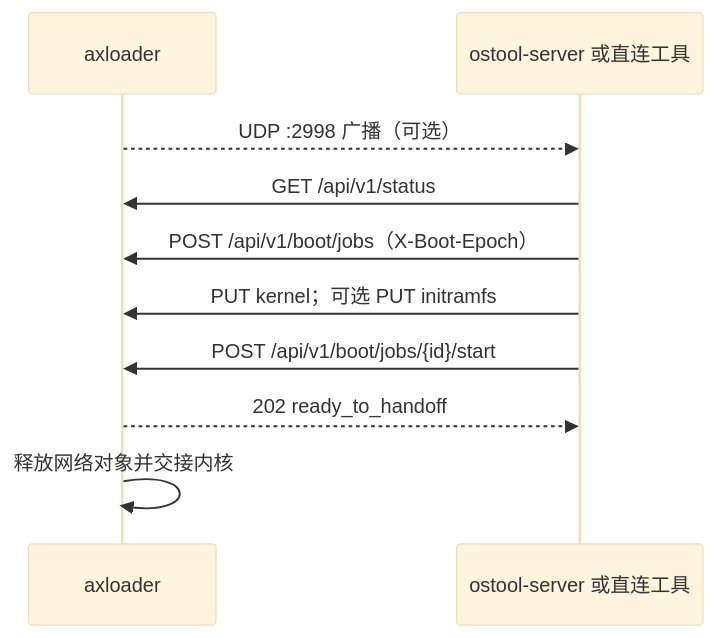
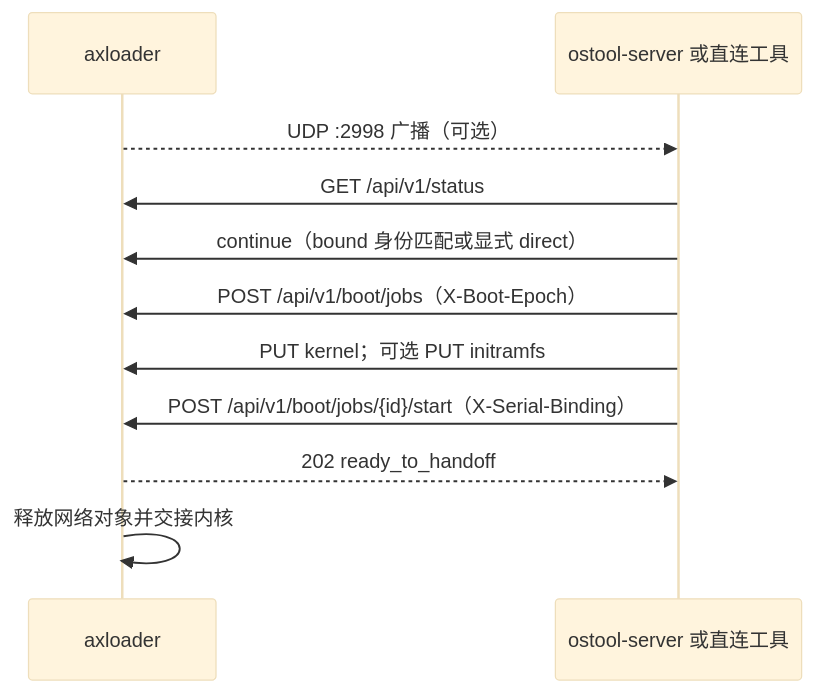
Before and after one commit to MRNIU/ostool: the diagram in docs/axloader-network-control.md, drawn with Mermaid (base theme). The commit also changed other lines of this file and 58 other files, not shown here.

First line of the commit message:
feat(ostool-server): add automatic axloader serial binding (#206)

````diff
--- a/docs/axloader-network-control.md
+++ b/docs/axloader-network-control.md
@@ -31,12 +31,13 @@
 ```mermaid
 sequenceDiagram
     participant L as axloader
     participant S as ostool-server 或直连工具
     L-->>S: UDP :2998 广播（可选）
     S->>L: GET /api/v1/status
+    S->>L: continue（bound 身份匹配或显式 direct）
     S->>L: POST /api/v1/boot/jobs（X-Boot-Epoch）
     S->>L: PUT kernel；可选 PUT initramfs
-    S->>L: POST /api/v1/boot/jobs/{id}/start
+    S->>L: POST /api/v1/boot/jobs/{id}/start（X-Serial-Binding）
     L-->>S: 202 ready_to_handoff
     L->>L: 释放网络对象并交接内核
 ```
````
